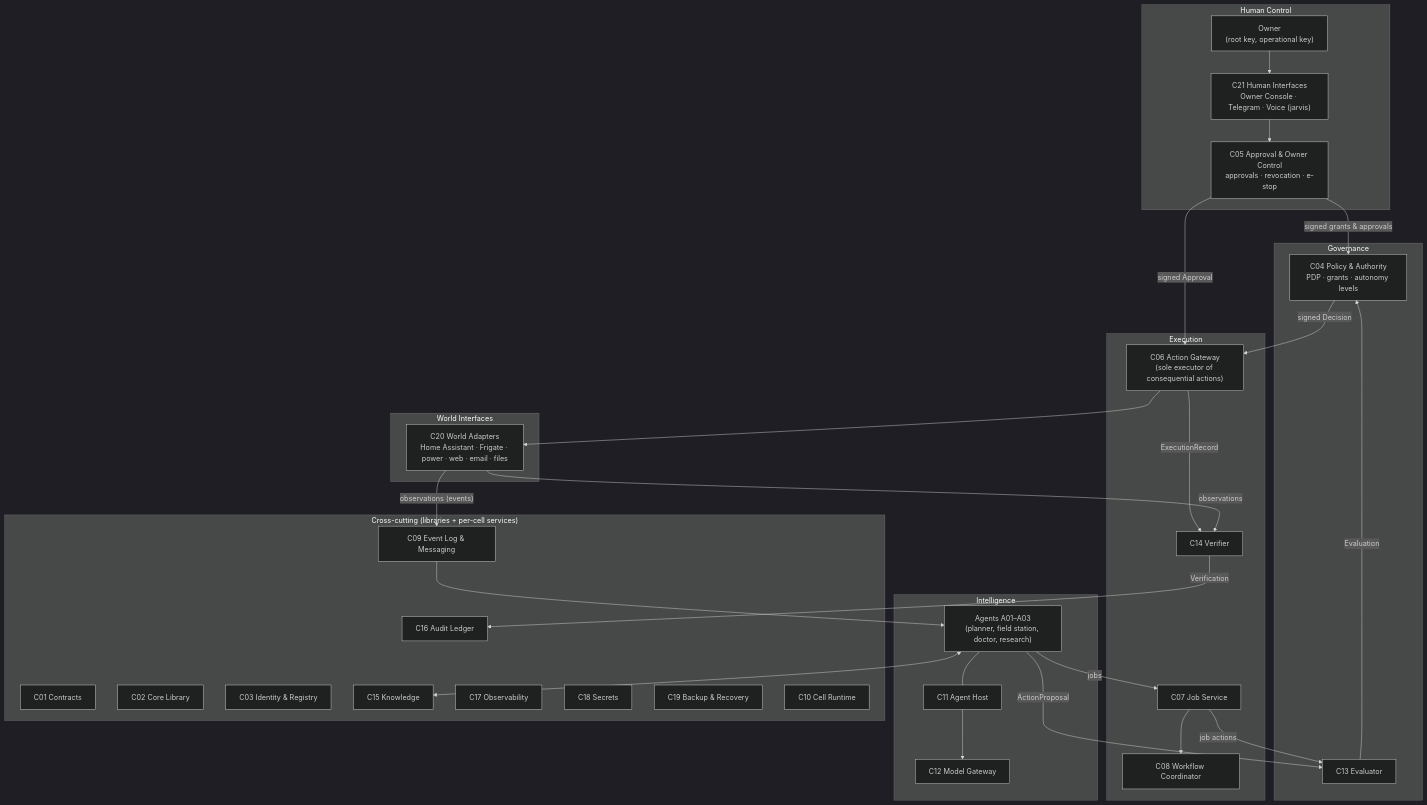
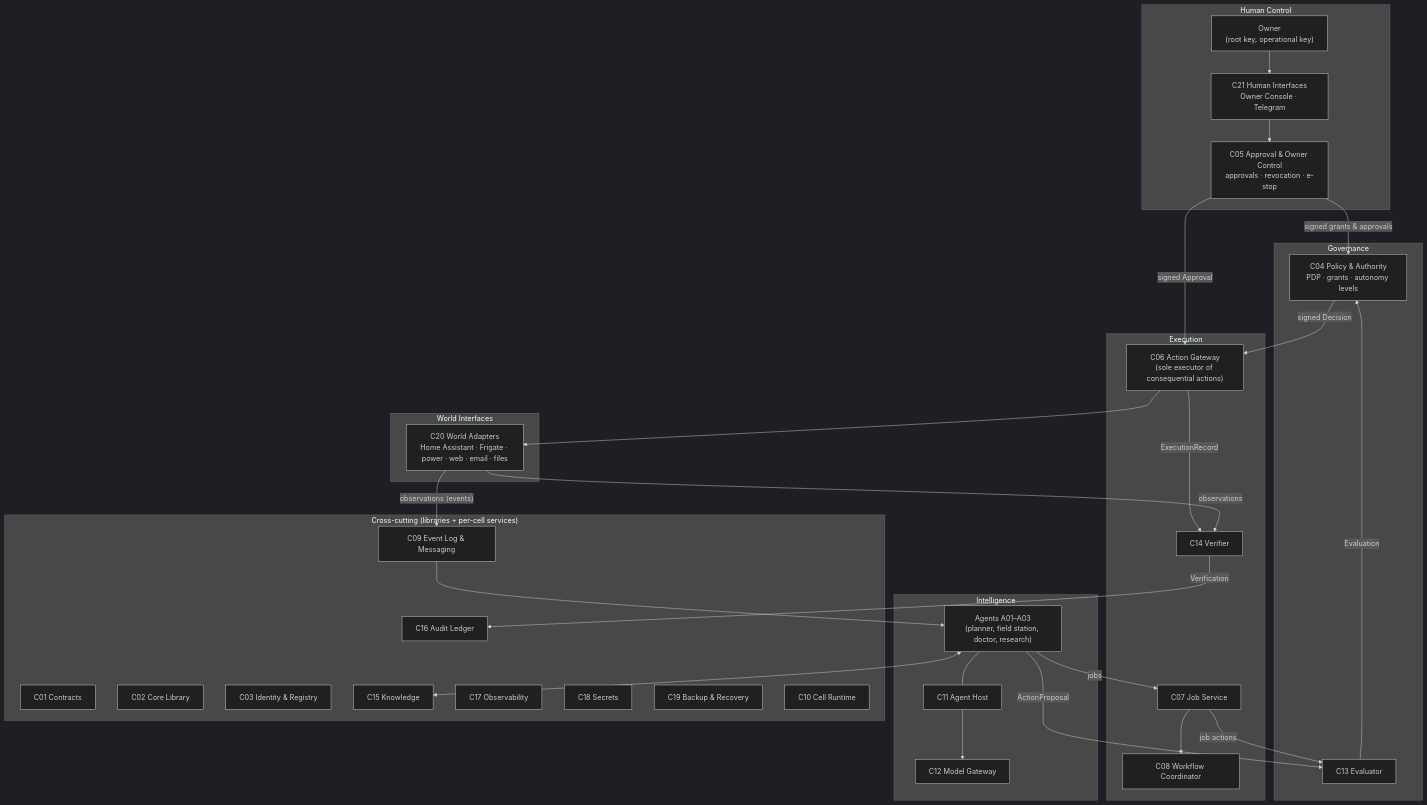
The first of 2 diagrams in design/architecture.md (realsystem/autonomy), drawn with Mermaid (dark theme) before and after one commit. The commit also changed other lines of this file and 13 other files, not shown here.

````diff
--- a/design/architecture.md
+++ b/design/architecture.md
@@ -50,45 +50,45 @@
 ```mermaid
 flowchart TB
   subgraph HUMAN["Human Control"]
     OWN["Owner<br/>(root key, operational key)"]
-    C21["C21 Human Interfaces<br/>Owner Console · Telegram · Voice (jarvis)"]
+    C21["C21 Human Interfaces<br/>Owner Console · Telegram"]
     C05["C05 Approval & Owner Control<br/>approvals · revocation · e-stop"]
   end
   subgraph INTEL["Intelligence"]
     C11["C11 Agent Host"]
     AG["Agents A01–A03<br/>(planner, field station, doctor, research)"]
     C12["C12 Model Gateway"]
   end
   subgraph GOV["Governance"]
     C04["C04 Policy & Authority<br/>PDP · grants · autonomy levels"]
     C13["C13 Evaluator"]
   end
   subgraph EXEC["Execution"]
     C06["C06 Action Gateway<br/>(sole executor of consequential actions)"]
     C07["C07 Job Service"]
     C08["C08 Workflow Coordinator"]
     C14["C14 Verifier"]
   end
   subgraph WORLD["World Interfaces"]
     C20["C20 World Adapters<br/>Home Assistant · Frigate · power · web · email · files"]
   end
   subgraph XCUT["Cross-cutting (libraries + per-cell services)"]
     C01["C01 Contracts"]; C02["C02 Core Library"]; C03["C03 Identity & Registry"]
     C09["C09 Event Log & Messaging"]; C15["C15 Knowledge"]; C16["C16 Audit Ledger"]
     C17["C17 Observability"]; C18["C18 Secrets"]; C19["C19 Backup & Recovery"]; C10["C10 Cell Runtime"]
   end
   OWN --> C21 --> C05
   C05 -- "signed grants & approvals" --> C04
   AG --- C11 --> C12
   AG -- "ActionProposal" --> C13 -- "Evaluation" --> C04
   C04 -- "signed Decision" --> C06
   C05 -- "signed Approval" --> C06
   C06 --> C20
   C06 -- "ExecutionRecord" --> C14
   C20 -- "observations" --> C14
   C14 -- "Verification" --> C16
   AG -- "jobs" --> C07 --> C08
   C07 -- "job actions" --> C13
   C20 -- "observations (events)" --> C09 --> AG
   AG <--> C15
 ```
````
